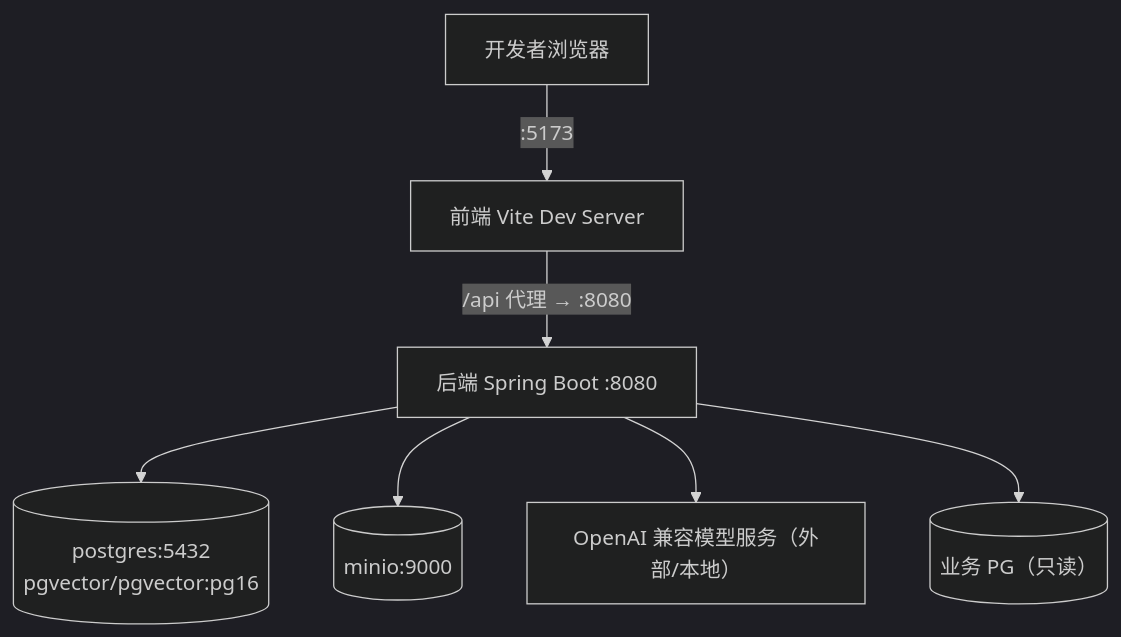
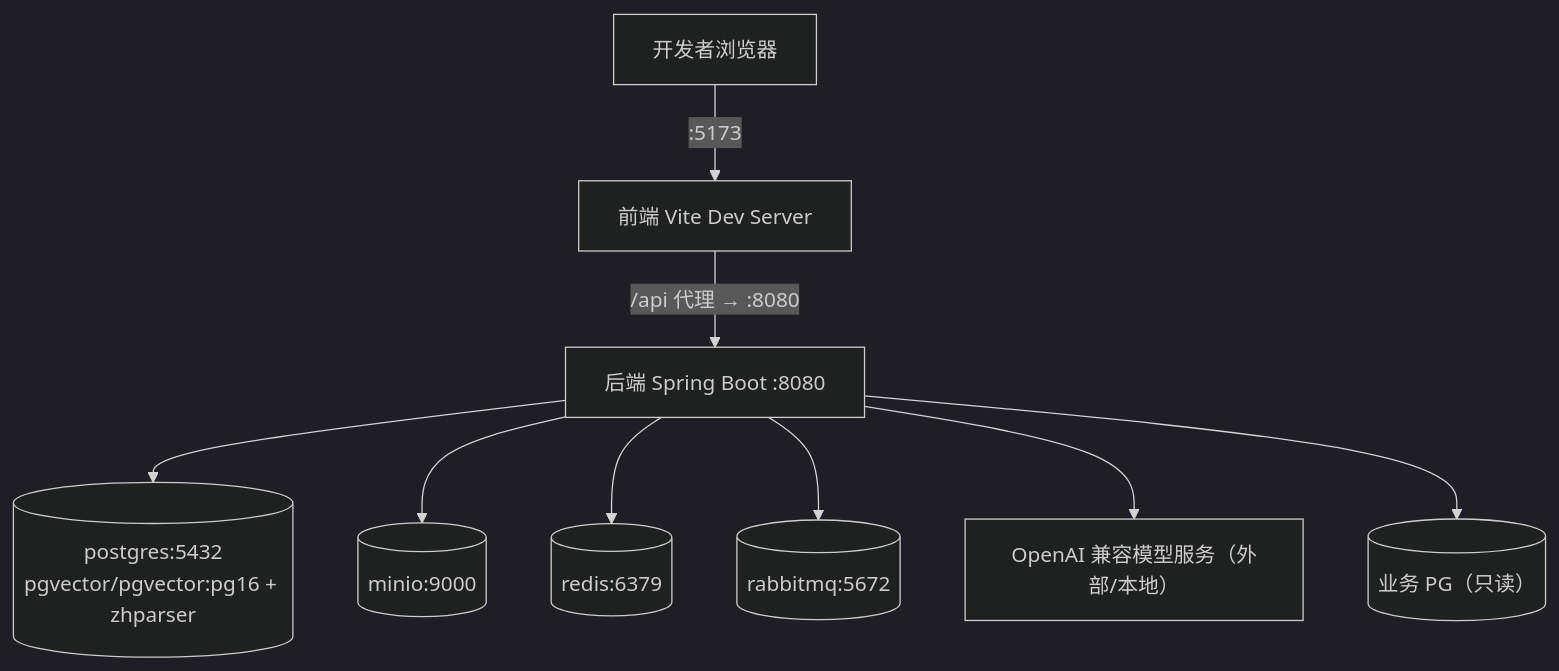
Before and after one commit to CBT-keep/WenQu: the fifth of 5 diagrams in doc/02-技术架构设计.md, drawn with Mermaid (dark theme). The commit also changed other lines of this file and 7 other files, not shown here.

````diff
--- a/doc/02-技术架构设计.md
+++ b/doc/02-技术架构设计.md
@@ -355,9 +367,11 @@
 ```mermaid
 flowchart TB
   DEV["开发者浏览器"] -->|":5173"| FE["前端 Vite Dev Server"]
   FE -->|"/api 代理 → :8080"| BE["后端 Spring Boot :8080"]
-  BE --> PG[("postgres:5432<br/>pgvector/pgvector:pg16")]
+  BE --> PG[("postgres:5432<br/>pgvector/pgvector:pg16 + zhparser")]
   BE --> MIO[("minio:9000")]
+  BE --> RDS[("redis:6379")]
+  BE --> RMQ[("rabbitmq:5672")]
   BE --> LLM["OpenAI 兼容模型服务（外部/本地）"]
   BE --> DS[("业务 PG（只读）")]
 ```
````
